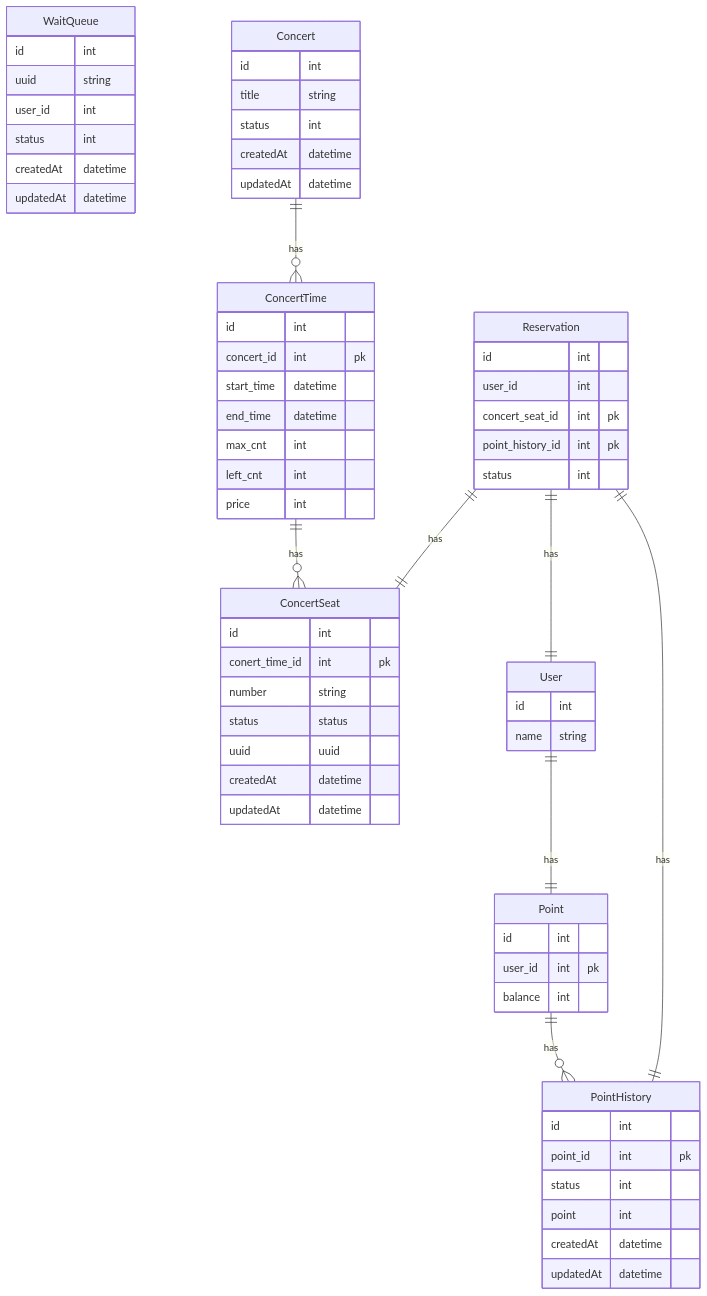
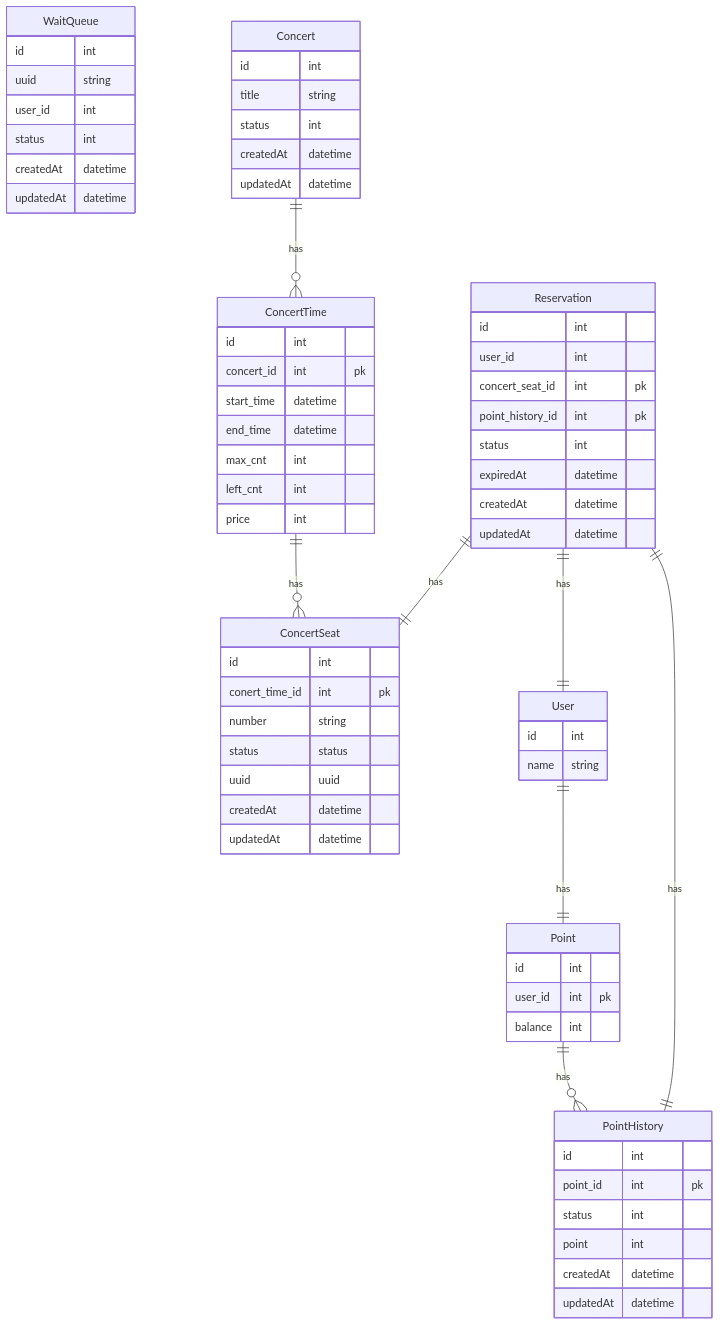
Before and after one commit to CureLatte/hhplus-concert-server-java: the diagram in docs/ERD.md, drawn with Mermaid.

Commit message:
[FEAT] ERD Diagram update

````diff
--- a/docs/ERD.md
+++ b/docs/ERD.md
@@ -4,88 +4,92 @@
 ```mermaid
 erDiagram
     WaitQueue{
         id int
         uuid string  
         user_id int
         status int
         createdAt datetime 
         updatedAt datetime 
     }
     
     
     User {
         id int
         name string
     }
 
     User ||--|| Point: has
     
     Point {
         id int
         user_id int pk
         balance int
     }
     Point ||--o{ PointHistory: has
     
     
     PointHistory {
         id int 
         point_id int pk
         status int 
         point int
         createdAt datetime 
         updatedAt datetime
     }
     
     Concert{
         id int 
         title string 
         status int 
         createdAt datetime
         updatedAt datetime 
     }
     Concert ||--o{ ConcertTime: has
 
     ConcertTime {
         id int
         concert_id int pk
         start_time datetime 
         end_time datetime
         max_cnt int
         left_cnt int 
         price int 
         
     }
     ConcertTime ||--o{ ConcertSeat: has
     
     ConcertSeat {
         id int
         conert_time_id int pk
         number string
         status status
         uuid uuid 
         createdAt datetime 
         updatedAt datetime 
     }
     
     Reservation {
         id int 
         user_id int
         concert_seat_id int pk
         point_history_id int pk
-        status int 
+        status int
+        expiredAt datetime
+        createdAt datetime 
+        updatedAt datetime 
+        
     }
     Reservation ||--|| PointHistory: has
     Reservation ||--|| User: has
     Reservation ||--|| ConcertSeat: has
     
     
     
     
     
     
     
     
     
     
 ```
````
